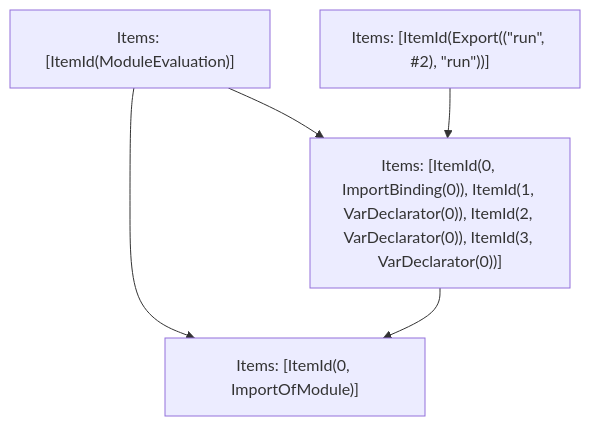
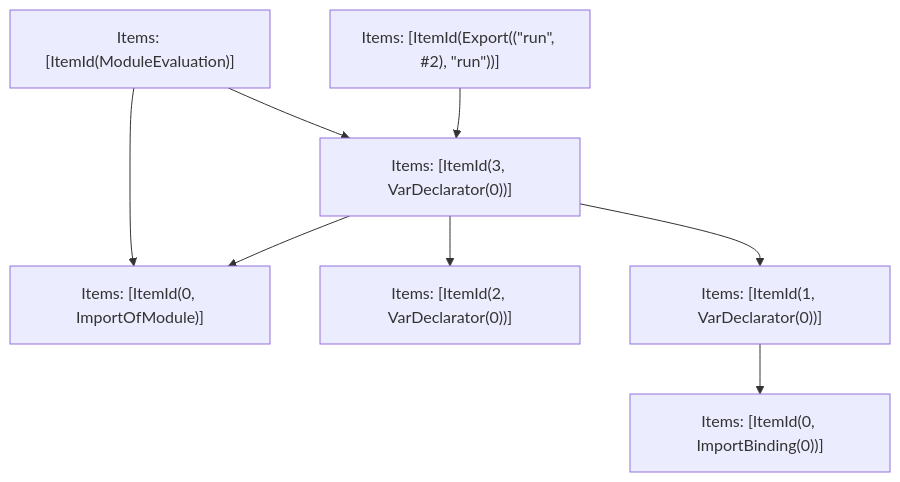
Before and after one commit to vercel/turborepo: the fifth of 5 diagrams in crates/turbopack-ecmascript/tests/tree-shaker/analyzer/ipc-evaluate/output.md, drawn with Mermaid. The commit also changed other lines of this file and 72 other files, not shown here.

````diff
--- a/crates/turbopack-ecmascript/tests/tree-shaker/analyzer/ipc-evaluate/output.md
+++ b/crates/turbopack-ecmascript/tests/tree-shaker/analyzer/ipc-evaluate/output.md
@@ -218,11 +218,17 @@
 ```mermaid
 graph TD
-    N0["Items: [ItemId(ModuleEvaluation)]"];
-    N1["Items: [ItemId(Export((&quot;run&quot;, #2), &quot;run&quot;))]"];
-    N2["Items: [ItemId(0, ImportOfModule)]"];
-    N3["Items: [ItemId(0, ImportBinding(0)), ItemId(1, VarDeclarator(0)), ItemId(2, VarDeclarator(0)), ItemId(3, VarDeclarator(0))]"];
-    N0 --> N2;
-    N0 --> N3;
-    N1 --> N3;
+    N0["Items: [ItemId(0, ImportOfModule)]"];
+    N1["Items: [ItemId(2, VarDeclarator(0))]"];
+    N2["Items: [ItemId(0, ImportBinding(0))]"];
+    N3["Items: [ItemId(1, VarDeclarator(0))]"];
+    N4["Items: [ItemId(3, VarDeclarator(0))]"];
+    N5["Items: [ItemId(ModuleEvaluation)]"];
+    N6["Items: [ItemId(Export((&quot;run&quot;, #2), &quot;run&quot;))]"];
     N3 --> N2;
+    N4 --> N3;
+    N4 --> N1;
+    N4 --> N0;
+    N6 --> N4;
+    N5 --> N0;
+    N5 --> N4;
 ```
````
